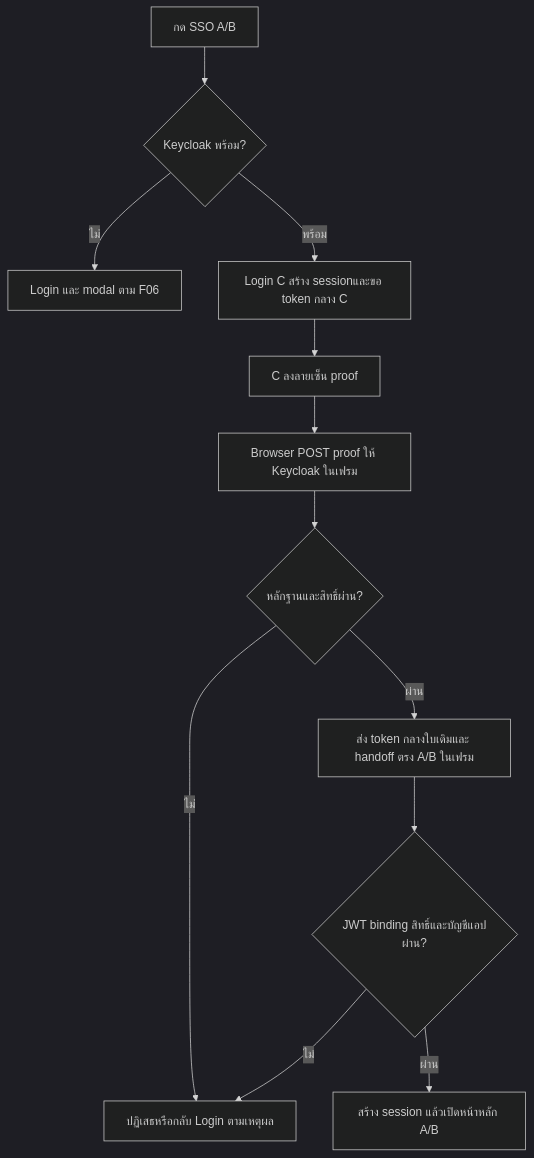
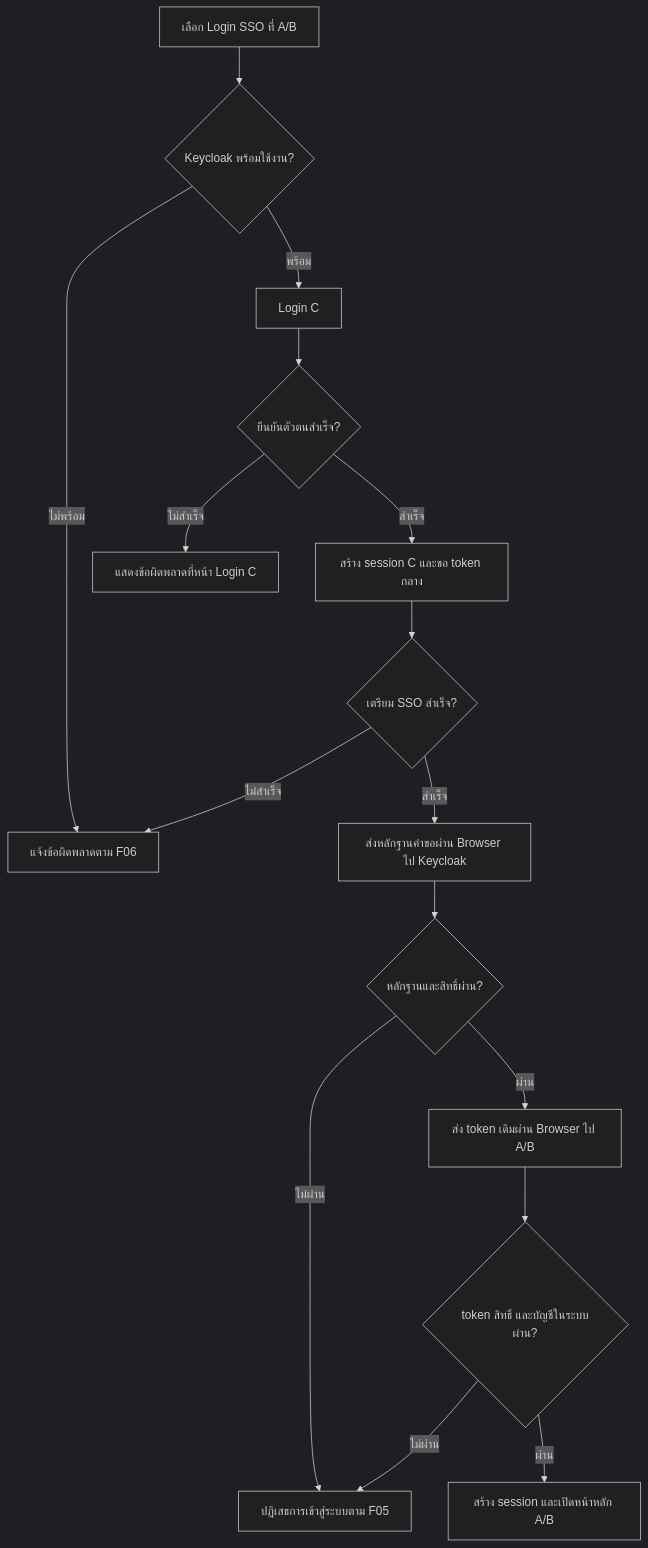
The sixth of 22 diagrams in docs/flows/LOGIN-AND-SESSION.md (Sin1apachai/poc_sso), drawn with Mermaid (dark theme) before and after one commit. The commit also changed other lines of this file and 69 other files, not shown here.

Commit message:
Add IdP heartbeat, Keycloak API collection and revised SSO guides

````diff
--- a/docs/flows/LOGIN-AND-SESSION.md
+++ b/docs/flows/LOGIN-AND-SESSION.md
@@ -132,14 +134,18 @@
 ```mermaid
 flowchart TD
-S[กด SSO A/B] --> P{Keycloak พร้อม?}
-    P -->|ไม่| E[Login และ modal ตาม F06]
-    P -->|พร้อม| C[Login C สร้าง sessionและขอ token กลาง C]
-    C --> F[C ลงลายเซ็น proof]
-    F --> K[Browser POST proof ให้ Keycloak ในเฟรม]
-    K --> V{หลักฐานและสิทธิ์ผ่าน?}
-    V -->|ไม่| D[ปฏิเสธหรือกลับ Login ตามเหตุผล]
-    V -->|ผ่าน| T[ส่ง token กลางใบเดิมและ handoff ตรง A/B ในเฟรม]
-    T --> A{JWT binding สิทธิ์และบัญชีแอปผ่าน?}
-    A -->|ไม่| D
-    A -->|ผ่าน| H[สร้าง session แล้วเปิดหน้าหลัก A/B]
+    S[เลือก Login SSO ที่ A/B] --> P{Keycloak พร้อมใช้งาน?}
+    P -->|ไม่พร้อม| E[แจ้งข้อผิดพลาดตาม F06]
+    P -->|พร้อม| C[Login C]
+    C --> V{ยืนยันตัวตนสำเร็จ?}
+    V -->|ไม่สำเร็จ| L[แสดงข้อผิดพลาดที่หน้า Login C]
+    V -->|สำเร็จ| B[สร้าง session C และขอ token กลาง]
+    B --> Q{เตรียม SSO สำเร็จ?}
+    Q -->|ไม่สำเร็จ| E
+    Q -->|สำเร็จ| F[ส่งหลักฐานคำขอผ่าน Browser ไป Keycloak]
+    F --> K{หลักฐานและสิทธิ์ผ่าน?}
+    K -->|ไม่ผ่าน| D[ปฏิเสธการเข้าสู่ระบบตาม F05]
+    K -->|ผ่าน| T[ส่ง token เดิมผ่าน Browser ไป A/B]
+    T --> A{token สิทธิ์ และบัญชีในระบบผ่าน?}
+    A -->|ไม่ผ่าน| D
+    A -->|ผ่าน| H[สร้าง session และเปิดหน้าหลัก A/B]
 ```
````
